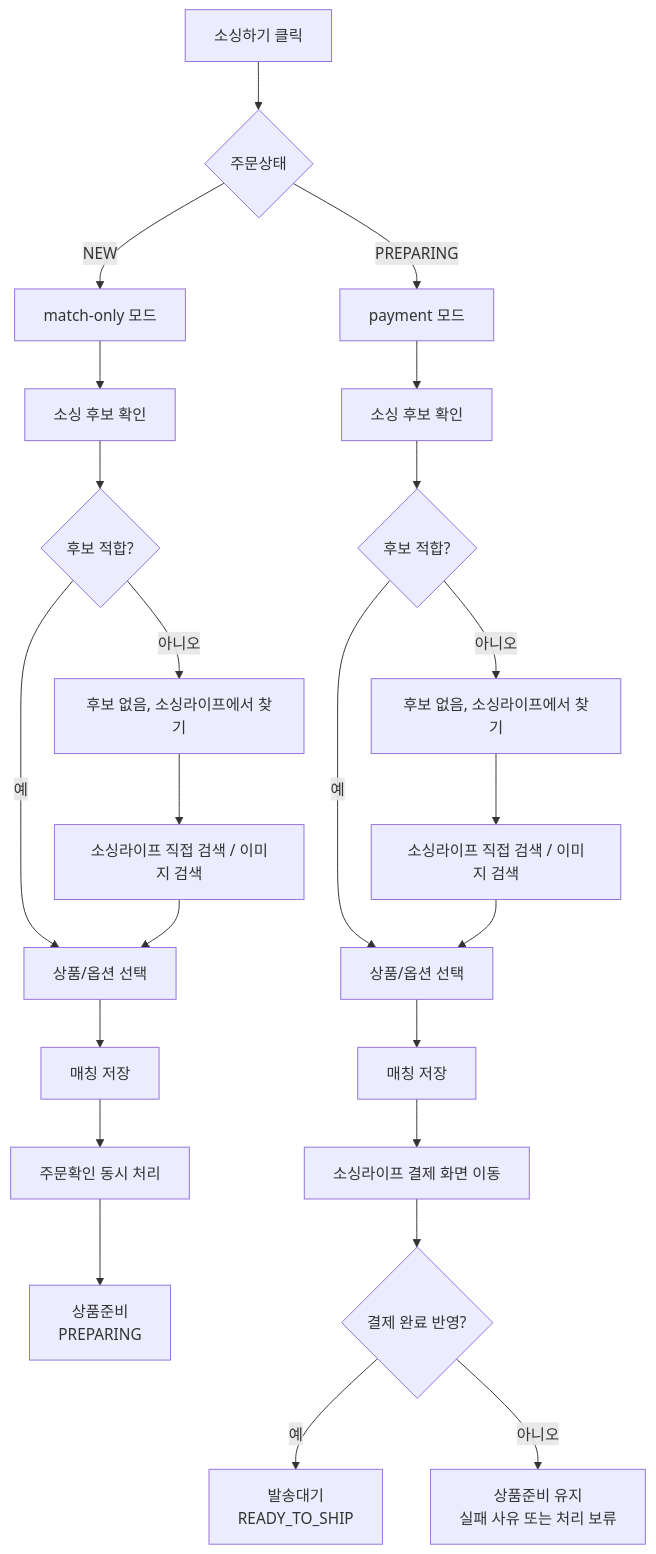
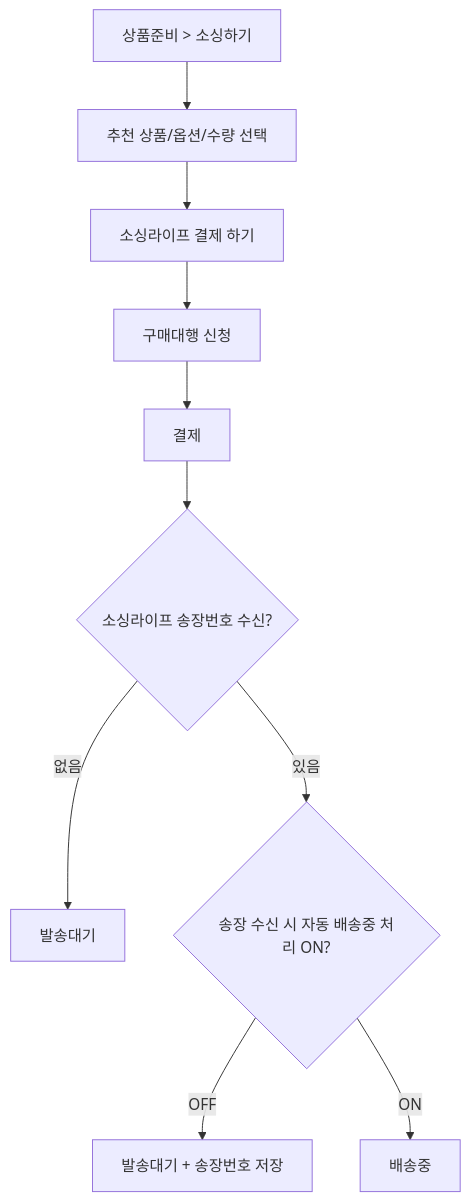
The third of 5 diagrams in docs/08_유저플로우/01_주문처리_유저플로우.md (moonceo/Jmpp), drawn with Mermaid before and after one commit. The commit also changed other lines of this file and 71 other files, not shown here.

````diff
--- a/docs/08_유저플로우/01_주문처리_유저플로우.md
+++ b/docs/08_유저플로우/01_주문처리_유저플로우.md
@@ -112,28 +64,12 @@
 ```mermaid
 flowchart TD
-    A["소싱하기 클릭"] --> B{"주문상태"}
-
-    B -->|"NEW"| C["match-only 모드"]
-    C --> D["소싱 후보 확인"]
-    D --> E{"후보 적합?"}
-    E -->|"예"| F["상품/옵션 선택"]
-    E -->|"아니오"| G["후보 없음, 소싱라이프에서 찾기"]
-    G --> H["소싱라이프 직접 검색 / 이미지 검색"]
-    H --> F
-    F --> I["매칭 저장"]
-    I --> J["주문확인 동시 처리"]
-    J --> K["상품준비<br/>PREPARING"]
-
-    B -->|"PREPARING"| L["payment 모드"]
-    L --> M["소싱 후보 확인"]
-    M --> N{"후보 적합?"}
-    N -->|"예"| O["상품/옵션 선택"]
-    N -->|"아니오"| P["후보 없음, 소싱라이프에서 찾기"]
-    P --> Q["소싱라이프 직접 검색 / 이미지 검색"]
-    Q --> O
-    O --> R["매칭 저장"]
-    R --> S["소싱라이프 결제 화면 이동"]
-    S --> T{"결제 완료 반영?"}
-    T -->|"예"| U["발송대기<br/>READY_TO_SHIP"]
-    T -->|"아니오"| V["상품준비 유지<br/>실패 사유 또는 처리 보류"]
+    A["상품준비 > 소싱하기"] --> B["추천 상품/옵션/수량 선택"]
+    B --> C["소싱라이프 결제 하기"]
+    C --> D["구매대행 신청"]
+    D --> E["결제"]
+    E --> F{"소싱라이프 송장번호 수신?"}
+    F -->|"없음"| G["발송대기"]
+    F -->|"있음"| H{"송장 수신 시 자동 배송중 처리 ON?"}
+    H -->|"OFF"| I["발송대기 + 송장번호 저장"]
+    H -->|"ON"| J["배송중"]
 ```
````
